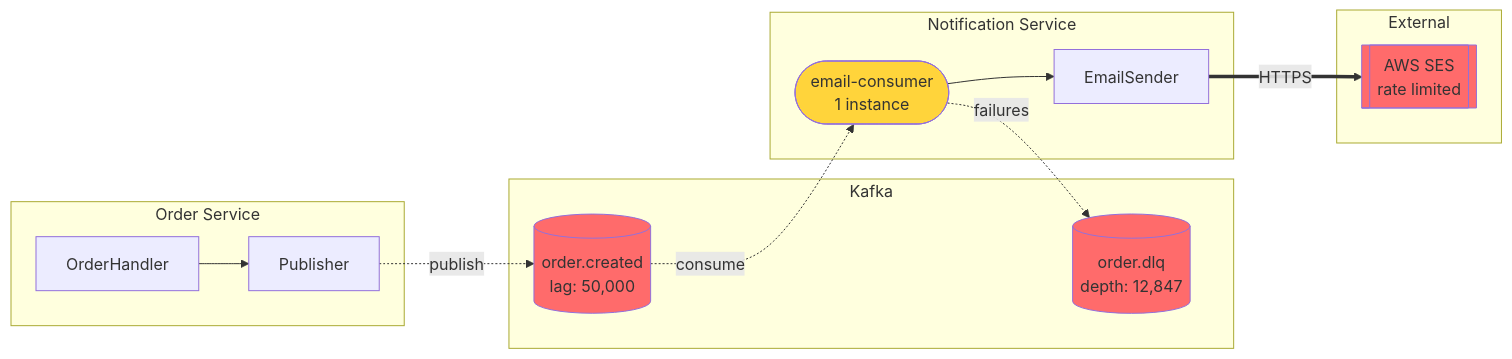
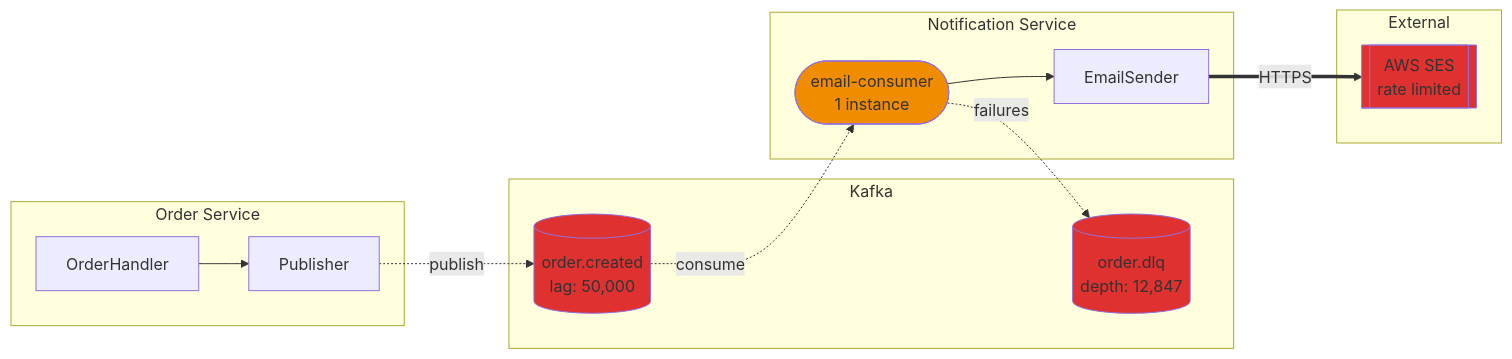
Before and after one commit to selimabeniacar/gemini-skills: the second of 5 diagrams in examples/service-flow.md, drawn with Mermaid. The commit also changed other lines of this file and 6 other files, not shown here.

Commit message:
Add /flow skill for generating flow diagrams

````diff
--- a/examples/service-flow.md
+++ b/examples/service-flow.md
@@ -125,33 +125,33 @@
 ```mermaid
 flowchart LR
-    subgraph OrderService [Order Service]
+    subgraph order-service ["Order Service"]
         O1[OrderHandler]
         O2[Publisher]
     end
 
-    subgraph Kafka [Kafka]
+    subgraph kafka ["Kafka"]
         T1[(order.created<br/>lag: 50,000)]
         DLQ[(order.dlq<br/>depth: 12,847)]
     end
 
-    subgraph NotificationService [Notification Service]
+    subgraph notification-service ["Notification Service"]
         N1([email-consumer<br/>1 instance])
         N2[EmailSender]
     end
 
-    subgraph External [External]
+    subgraph external ["External"]
         SES[[AWS SES<br/>rate limited]]
     end
 
     O1 --> O2
     O2 -.->|publish| T1
     T1 -.->|consume| N1
     N1 --> N2
     N2 ==>|HTTPS| SES
     N1 -.->|failures| DLQ
 
-    style T1 fill:#ff6b6b
-    style DLQ fill:#ff6b6b
-    style N1 fill:#ffd43b
-    style SES fill:#ff6b6b
+    style T1 fill:#e03131
+    style DLQ fill:#e03131
+    style N1 fill:#f08c00
+    style SES fill:#e03131
 ```
````
